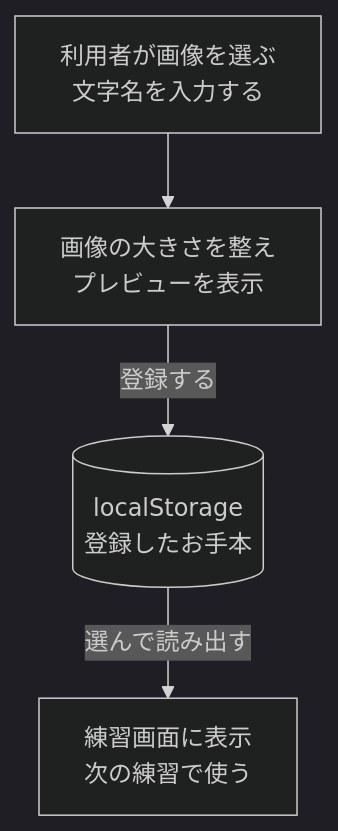
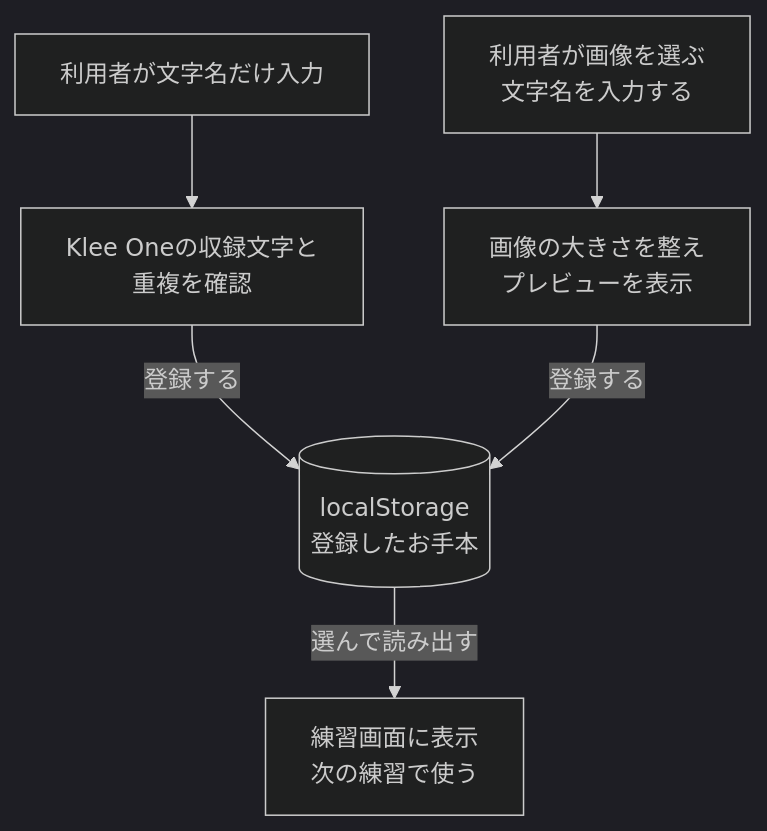
The fourth of 4 diagrams in docs/DATA_FLOW_GUIDE.md (mutsukisaito/gs_memo_bimoji), drawn with Mermaid (dark theme) before and after one commit. The commit also changed other lines of this file and 13 other files, not shown here.

````diff
--- a/docs/DATA_FLOW_GUIDE.md
+++ b/docs/DATA_FLOW_GUIDE.md
@@ -87,7 +87,9 @@
 ```mermaid
 flowchart TD
+    F["利用者が文字名だけ入力"] --> C["Klee Oneの収録文字と<br/>重複を確認"]
+    C -->|登録する| S
     P["利用者が画像を選ぶ<br/>文字名を入力する"]
     P --> T["画像の大きさを整え<br/>プレビューを表示"]
     T -->|登録する| S[("localStorage<br/>登録したお手本")]
     S -->|選んで読み出す| W["練習画面に表示<br/>次の練習で使う"]
 ```
````
